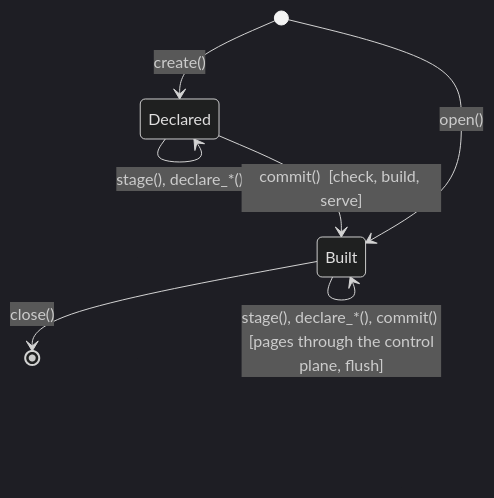
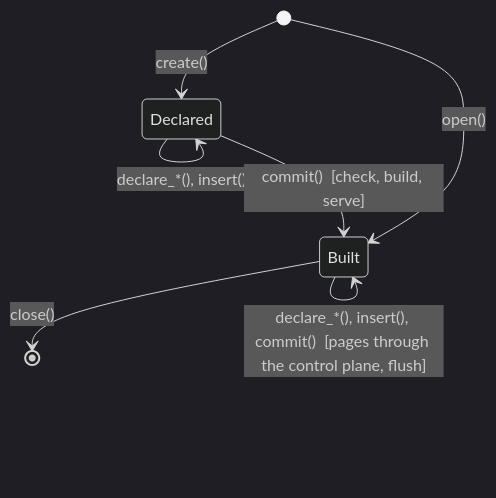
One commit to jennis0/tesseradb changed the diagram in docs/design/python-sdk.md. Above: the diagram before and after it, drawn with Mermaid (dark theme). The commit also changed other lines of this file, not shown here.

````diff
--- a/docs/design/python-sdk.md
+++ b/docs/design/python-sdk.md
@@ -93,9 +93,9 @@
 ```mermaid
 stateDiagram-v2
     [*] --> Declared: create()
-    Declared --> Declared: stage(), declare_*()
+    Declared --> Declared: declare_*(), insert()
     Declared --> Built: commit()  [check, build, serve]
-    Built --> Built: stage(), declare_*(), commit()  [pages through the control plane, flush]
+    Built --> Built: declare_*(), insert(), commit()  [pages through the control plane, flush]
     Built --> [*]: close()
     [*] --> Built: open()
 ```
````
